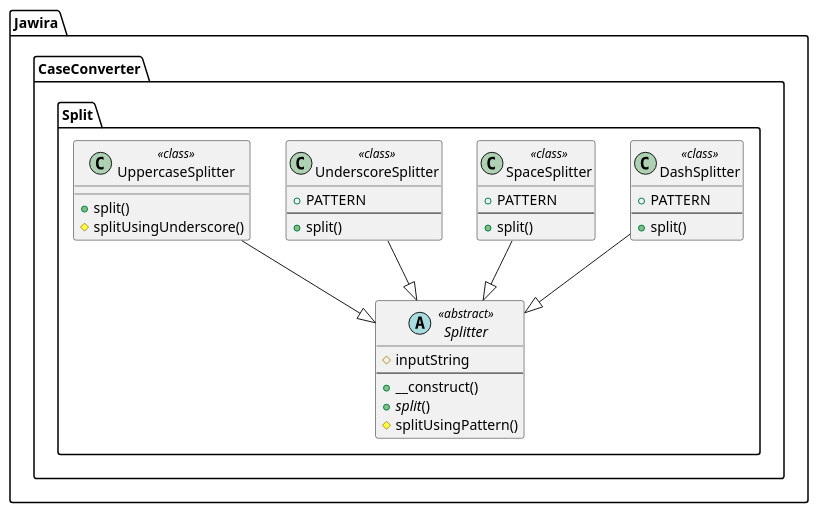
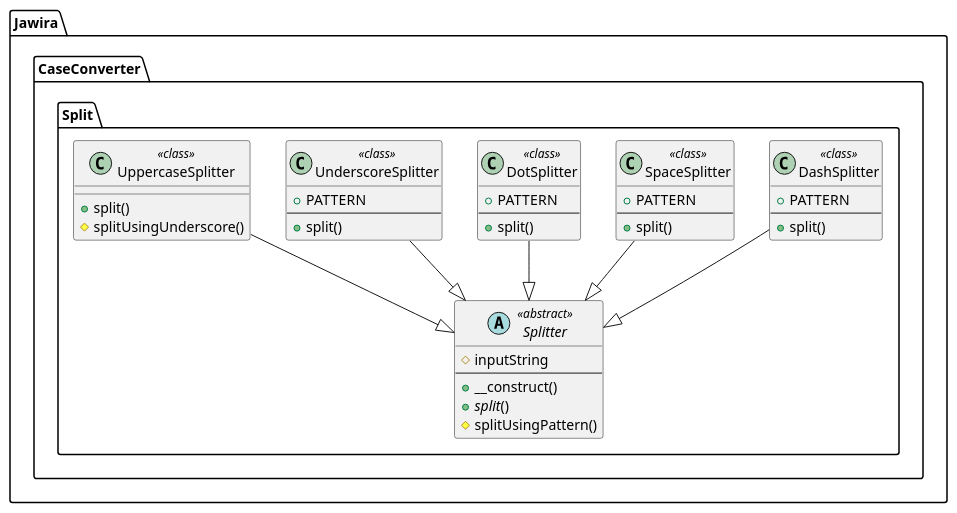
Before and after one commit to jawira/case-converter: the diagram in docs/images/uml-split.puml, drawn with PlantUML. The commit also changed 13 other files, not shown here.

```diff
--- a/docs/images/uml-split.puml
+++ b/docs/images/uml-split.puml
@@ -1,34 +1,40 @@
 @startuml
 namespace Jawira.CaseConverter.Split  {
 	class DashSplitter << class >> {
 		+PATTERN
 		--
 		+split()
 	}
 	abstract Splitter << abstract >> {
 		#inputString
 		--
 		+__construct()
 		+<i>split</i>()
 		#splitUsingPattern()
 	}
 	class SpaceSplitter << class >> {
 		+PATTERN
 		--
 		+split()
 	}
+	class DotSplitter << class >> {
+		+PATTERN
+		--
+		+split()
+	}
 	class UnderscoreSplitter << class >> {
 		+PATTERN
 		--
 		+split()
 	}
 	class UppercaseSplitter << class >> {
 		+split()
 		#splitUsingUnderscore()
 	}
 }
 Jawira.CaseConverter.Split.DashSplitter --|> Jawira.CaseConverter.Split.Splitter
 Jawira.CaseConverter.Split.SpaceSplitter --|> Jawira.CaseConverter.Split.Splitter
+Jawira.CaseConverter.Split.DotSplitter --|> Jawira.CaseConverter.Split.Splitter
 Jawira.CaseConverter.Split.UnderscoreSplitter --|> Jawira.CaseConverter.Split.Splitter
 Jawira.CaseConverter.Split.UppercaseSplitter --|> Jawira.CaseConverter.Split.Splitter
 @enduml
```
